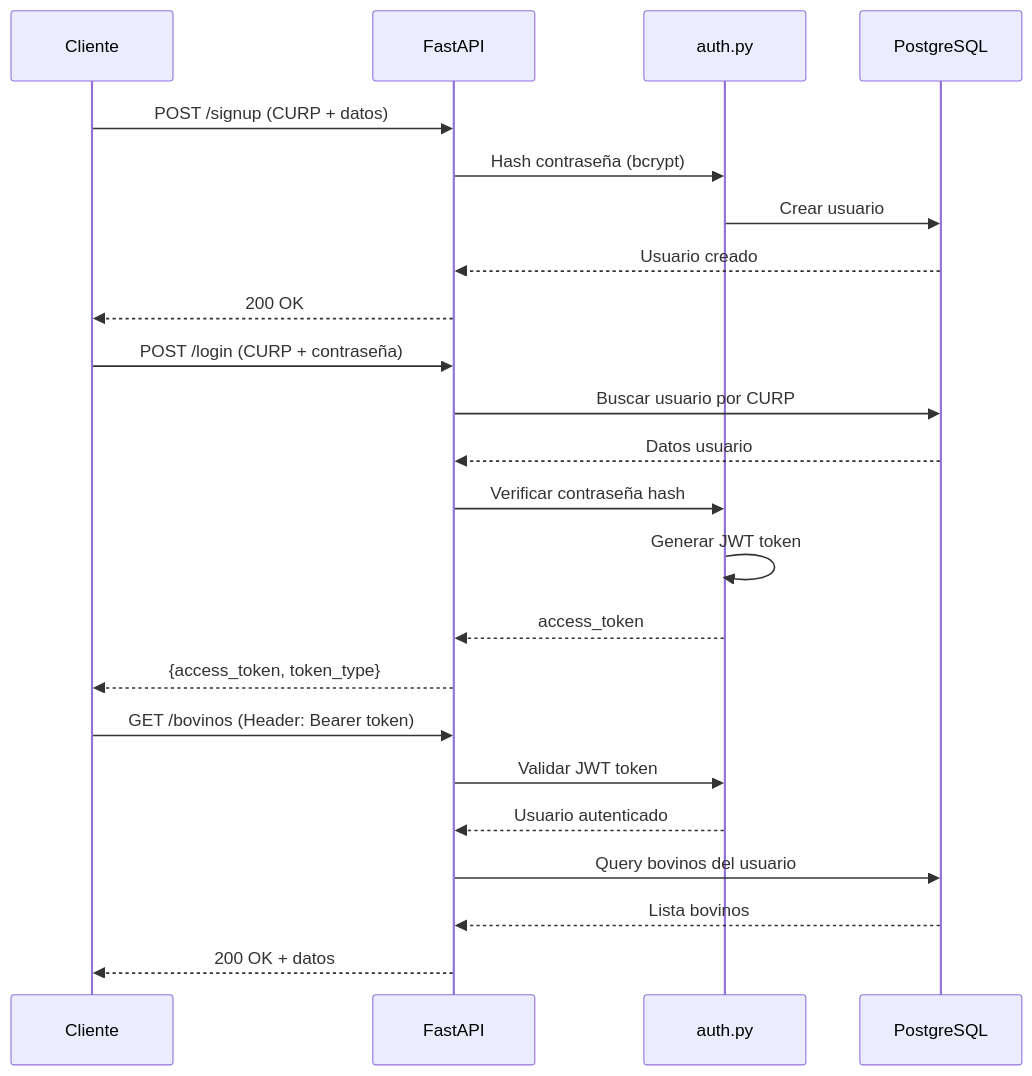
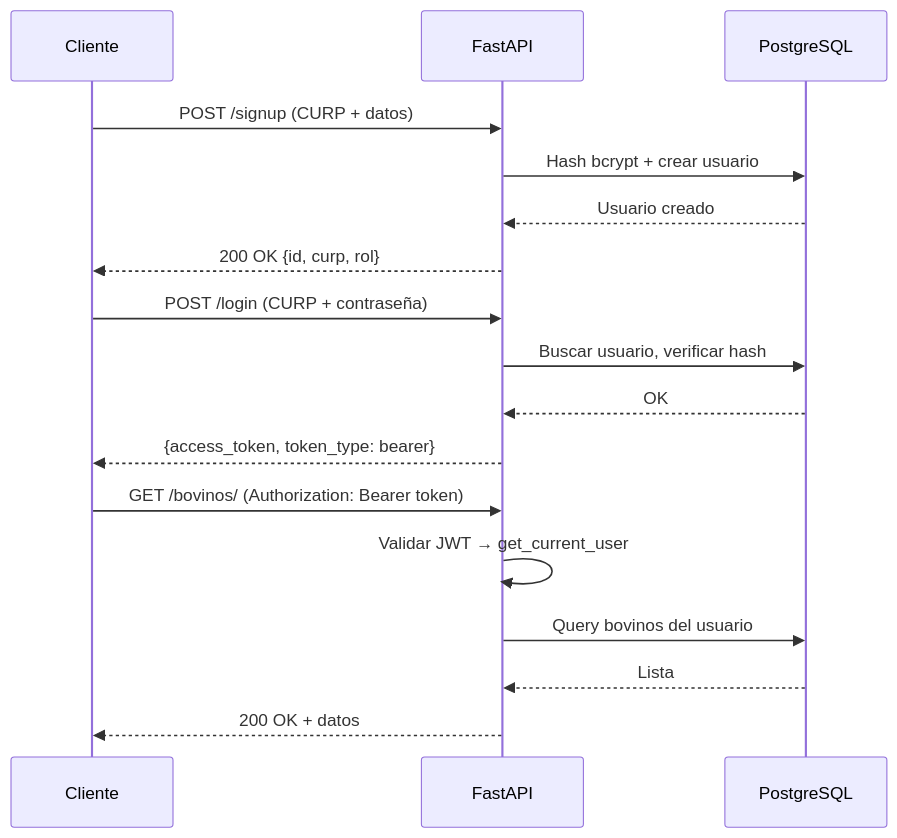
Before and after one commit to jorgemp1270/union_ganadera_api: the second of 5 diagrams in README.md, drawn with Mermaid. The commit also changed other lines of this file and 12 other files, not shown here.

````diff
--- a/README.md
+++ b/README.md
@@ -117,28 +99,22 @@
 ```mermaid
 sequenceDiagram
     participant C as Cliente
     participant API as FastAPI
-    participant Auth as auth.py
     participant DB as PostgreSQL
 
     C->>API: POST /signup (CURP + datos)
-    API->>Auth: Hash contraseña (bcrypt)
-    Auth->>DB: Crear usuario
+    API->>DB: Hash bcrypt + crear usuario
     DB-->>API: Usuario creado
-    API-->>C: 200 OK
+    API-->>C: 200 OK {id, curp, rol}
 
     C->>API: POST /login (CURP + contraseña)
-    API->>DB: Buscar usuario por CURP
-    DB-->>API: Datos usuario
-    API->>Auth: Verificar contraseña hash
-    Auth->>Auth: Generar JWT token
-    Auth-->>API: access_token
-    API-->>C: {access_token, token_type}
+    API->>DB: Buscar usuario, verificar hash
+    DB-->>API: OK
+    API-->>C: {access_token, token_type: bearer}
 
-    C->>API: GET /bovinos (Header: Bearer token)
-    API->>Auth: Validar JWT token
-    Auth-->>API: Usuario autenticado
+    C->>API: GET /bovinos/ (Authorization: Bearer token)
+    API->>API: Validar JWT → get_current_user
     API->>DB: Query bovinos del usuario
-    DB-->>API: Lista bovinos
+    DB-->>API: Lista
     API-->>C: 200 OK + datos
 ```
````
